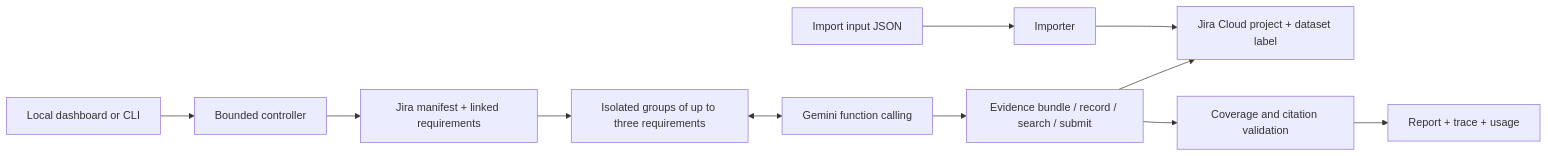
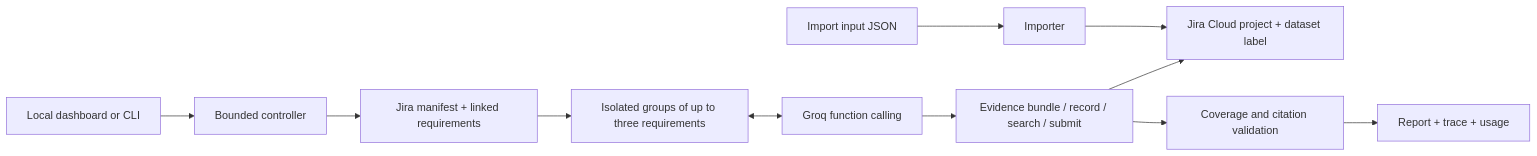
Before and after one commit to niveditapalanisamy/Yellow-Assignment: the diagram in docs/DESIGN.md, drawn with Mermaid. The commit also changed other lines of this file and 14 other files, not shown here.

````diff
--- a/docs/DESIGN.md
+++ b/docs/DESIGN.md
@@ -5,13 +5,13 @@
 ```mermaid
 flowchart LR
     JSON[Import input JSON] --> Importer
     Importer --> Jira[Jira Cloud project + dataset label]
     UI[Local dashboard or CLI] --> Controller[Bounded controller]
     Controller --> Manifest[Jira manifest + linked requirements]
     Manifest --> Context[Isolated groups of up to three requirements]
-    Context <--> Gemini[Gemini function calling]
-    Gemini --> Tools[Evidence bundle / record / search / submit]
+    Context <--> Groq[Groq function calling]
+    Groq --> Tools[Evidence bundle / record / search / submit]
     Tools --> Jira
     Tools --> Validation[Coverage and citation validation]
     Validation --> Report[Report + trace + usage]
 ```
````
